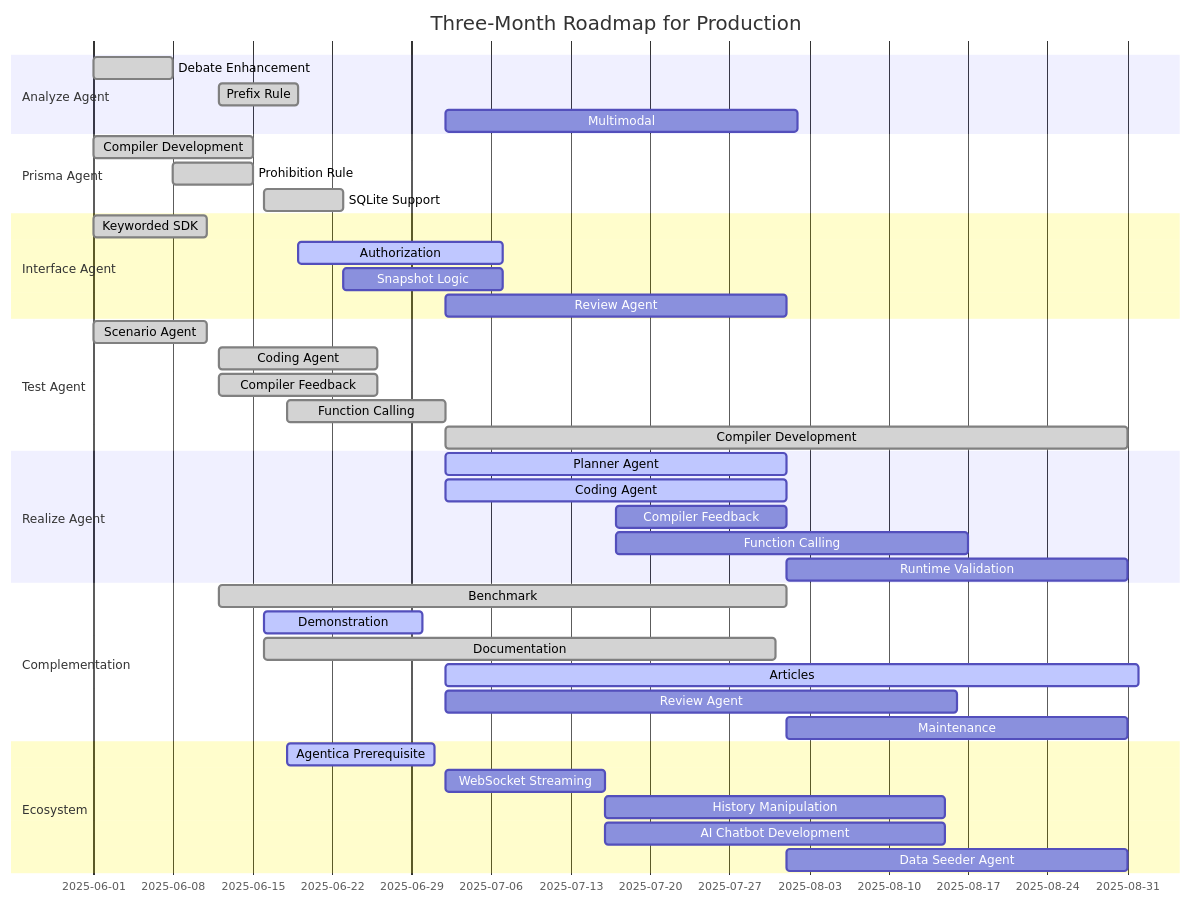
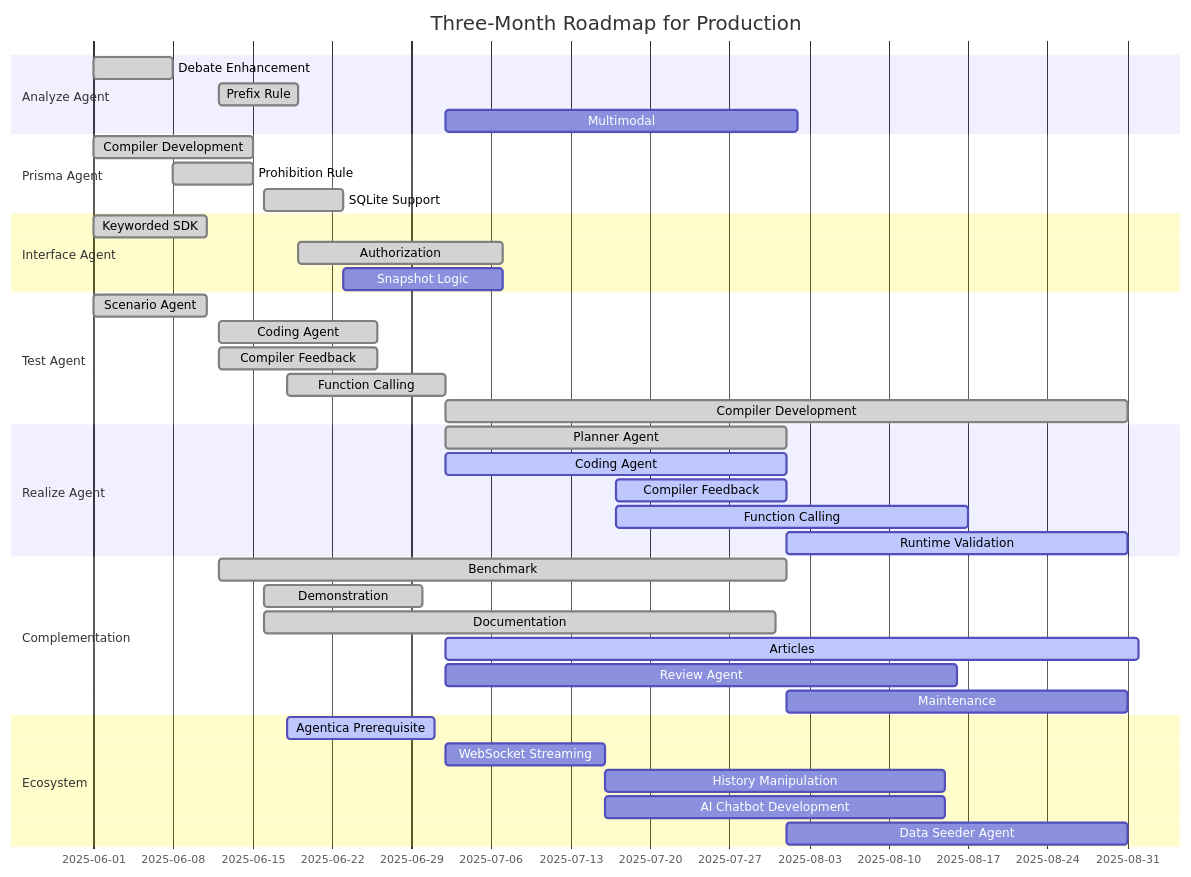
Before and after one commit to RavenView-ai/autobe: the second of 2 diagrams in README.md, drawn with Mermaid.

Commit message:
Update roadmap

````diff
--- a/README.md
+++ b/README.md
@@ -155,50 +155,49 @@
 ```mermaid
 gantt
   dateFormat YYYY-MM-DD
   title Three-Month Roadmap for Production
 
   section Analyze Agent
   Debate Enhancement: done,    2025-06-01,  7d
   Prefix Rule:        done,    2025-06-12,  7d
   Multimodal:         planned, 2025-07-02, 31d
 
   section Prisma Agent
   Compiler Development: done, 2025-06-01, 14d
   Prohibition Rule:     done, 2025-06-08,  7d
   SQLite Support:       done, 2025-06-16,  7d
 
   section Interface Agent
   Keyworded SDK:  done,    2025-06-01, 10d
-  Authorization:  active,  2025-06-19, 18d
+  Authorization:  done,    2025-06-19, 18d
   Snapshot Logic: planned, 2025-06-23, 14d
-  Review Agent:   planned, 2025-07-02, 30d
 
   section Test Agent
   Scenario Agent:       done, 2025-06-01, 10d        
   Coding Agent:         done, 2025-06-12, 14d
   Compiler Feedback:    done, 2025-06-12, 14d
   Function Calling:     done, 2025-06-18, 14d
   Compiler Development: done, 2025-07-02, 60d
 
   section Realize Agent
-  Planner Agent:      active,  2025-07-02, 30d
-  Coding Agent:       active,  2025-07-02, 30d
-  Compiler Feedback:  planned, 2025-07-17, 15d
-  Function Calling:   planned, 2025-07-17, 31d
-  Runtime Validation: planned, 2025-08-01, 30d
+  Planner Agent:      done,   2025-07-02, 30d
+  Coding Agent:       active, 2025-07-02, 30d
+  Compiler Feedback:  active, 2025-07-17, 15d
+  Function Calling:   active, 2025-07-17, 31d
+  Runtime Validation: active, 2025-08-01, 30d
 
   section Complementation
   Benchmark:     done,    2025-06-12, 50d
-  Demonstration: active,  2025-06-16, 14d
+  Demonstration: done,    2025-06-16, 14d
   Documentation: done,    2025-06-16, 45d
   Articles:      active,  2025-07-02, 61d
   Review Agent:  planned, 2025-07-02, 45d
   Maintenance:   planned, 2025-08-01, 30d
 
   section Ecosystem
   Agentica Prerequisite:  active,  2025-06-18, 13d
   WebSocket Streaming:    planned, 2025-07-02, 14d
   History Manipulation:   planned, 2025-07-16, 30d
   AI Chatbot Development: planned, 2025-07-16, 30d
   Data Seeder Agent:      planned, 2025-08-01, 30d
 ```
````
